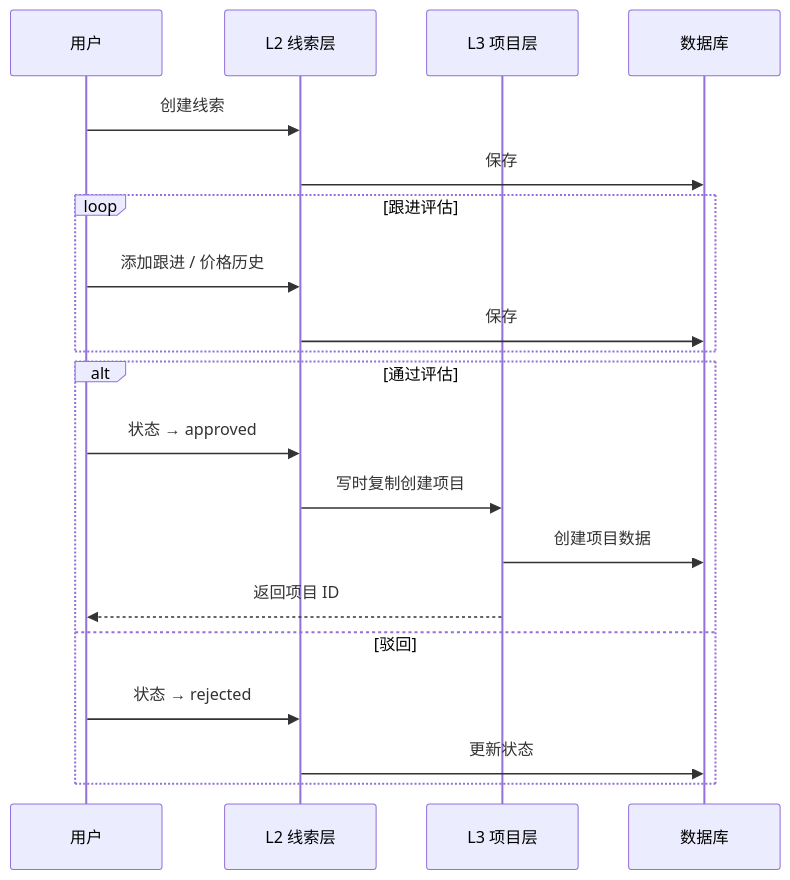
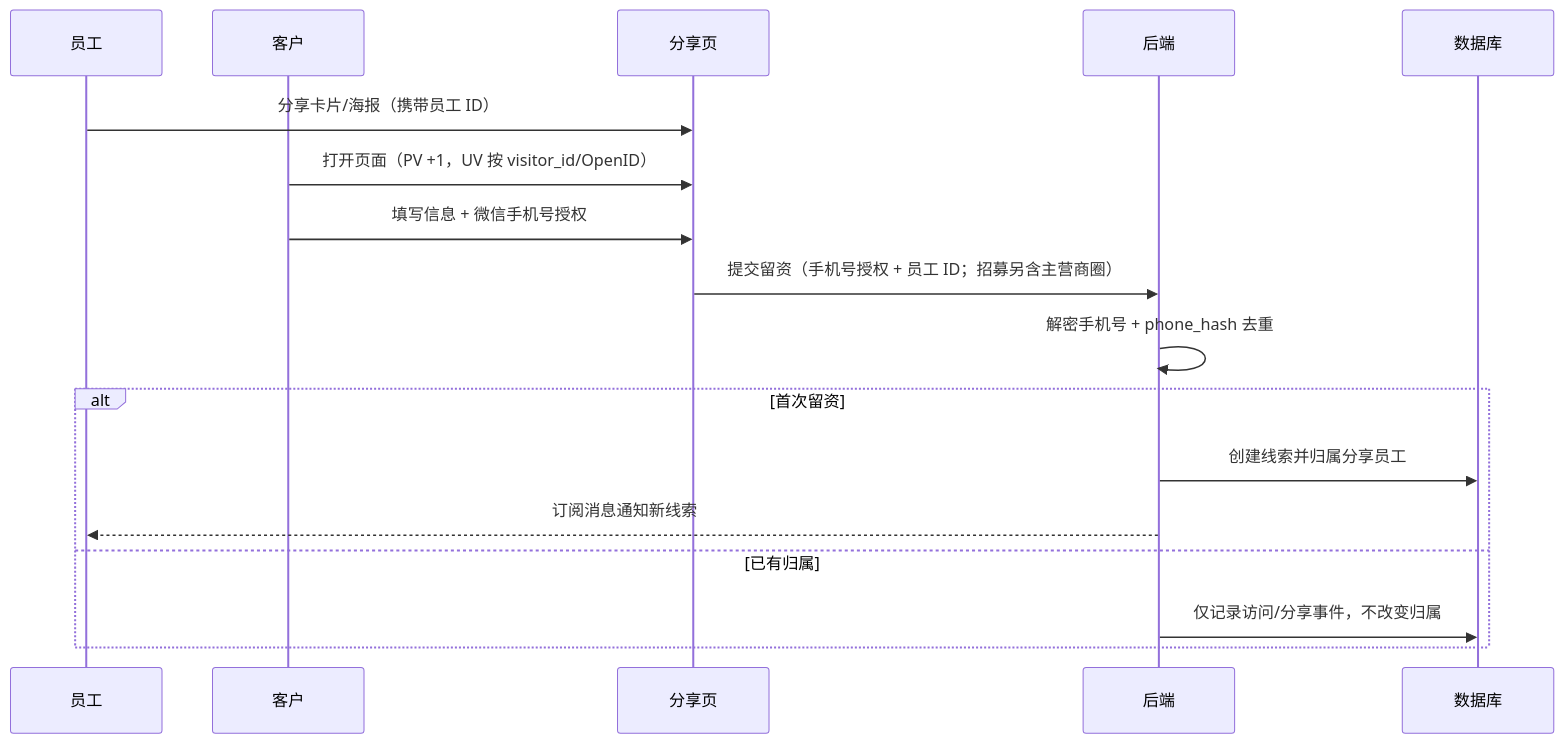
Before and after one commit to kakaoxy/profo: the ninth of 11 diagrams in README.md, drawn with Mermaid. The commit also changed other lines of this file, not shown here.

````diff
--- a/README.md
+++ b/README.md
@@ -894,23 +1209,20 @@
 ```mermaid
 sequenceDiagram
-    participant U as 用户
-    participant L2 as L2 线索层
-    participant L3 as L3 项目层
+    participant E as 员工
+    participant C as 客户
+    participant S as 分享页
+    participant B as 后端
     participant DB as 数据库
 
-    U->>L2: 创建线索
-    L2->>DB: 保存
-    loop 跟进评估
-        U->>L2: 添加跟进 / 价格历史
-        L2->>DB: 保存
-    end
-    alt 通过评估
-        U->>L2: 状态 → approved
-        L2->>L3: 写时复制创建项目
-        L3->>DB: 创建项目数据
-        L3-->>U: 返回项目 ID
-    else 驳回
-        U->>L2: 状态 → rejected
-        L2->>DB: 更新状态
+    E->>S: 分享卡片/海报（携带员工 ID）
+    C->>S: 打开页面（PV +1，UV 按 visitor_id/OpenID）
+    C->>S: 填写信息 + 微信手机号授权
+    S->>B: 提交留资（手机号授权 + 员工 ID；招募另含主营商圈）
+    B->>B: 解密手机号 + phone_hash 去重
+    alt 首次留资
+        B->>DB: 创建线索并归属分享员工
+        B-->>E: 订阅消息通知新线索
+    else 已有归属
+        B->>DB: 仅记录访问/分享事件，不改变归属
     end
 ```
````
